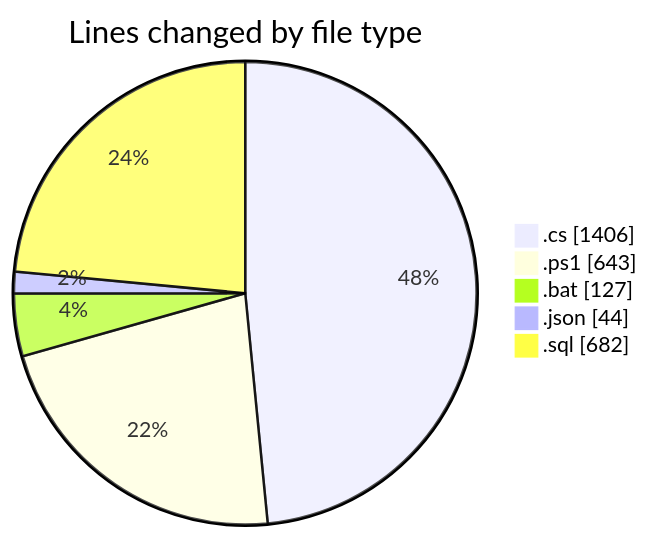
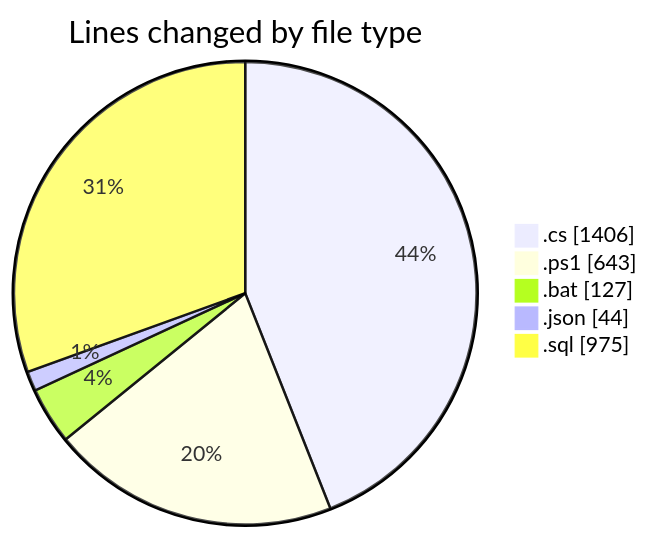
The first of 2 diagrams in 2025-07-28/quanlyrapchieuphim-2/README.md (lephambinh05/code-tracking), drawn with Mermaid before and after one commit. The commit also changed other lines of this file and 1 other file, not shown here.

````diff
--- a/2025-07-28/quanlyrapchieuphim-2/README.md
+++ b/2025-07-28/quanlyrapchieuphim-2/README.md
@@ -35,9 +37,9 @@
 ```mermaid
 pie showData
 title Lines changed by file type
 ".cs" : 1406
 ".ps1" : 643
 ".bat" : 127
 ".json" : 44
-".sql" : 682
+".sql" : 975
 ```
````
